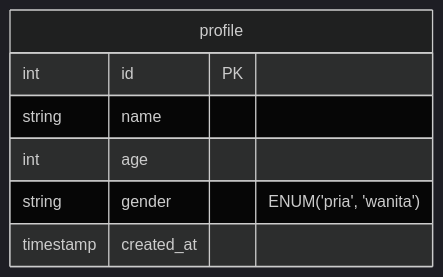
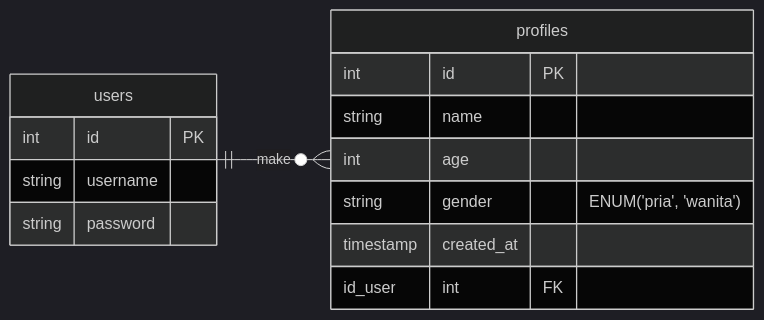
One commit to yusufbahtiarr/go-cli-biodata changed the diagram in readme.md. Above: the diagram before and after it, drawn with Mermaid (dark theme). The commit also changed 5 other files, not shown here.

````diff
--- a/readme.md
+++ b/readme.md
@@ -3,13 +3,20 @@
 ```mermaid
   erDiagram
   direction LR
+  users ||--o{ profiles : make
 
-  profile {
+  profiles {
     int id PK
     string name
     int age
     string gender "ENUM('pria', 'wanita')"
     timestamp created_at
+    id_user int FK
+  }
+  users {
+    int id PK
+    string username
+    string password
   }
 
 ```
````
